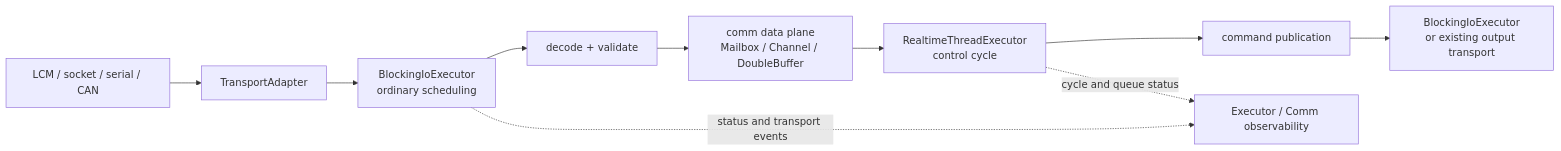
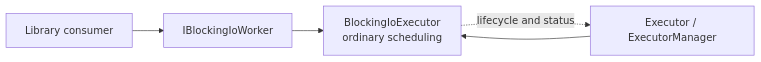
Before and after one commit to Linductor-alkaid/executor: the diagram in docs/design/blocking_io_executor.md, drawn with Mermaid. The commit also changed other lines of this file and 22 other files, not shown here.

Commit message:
docs: add blocking I/O worker guide

````diff
--- a/docs/design/blocking_io_executor.md
+++ b/docs/design/blocking_io_executor.md
@@ -54,13 +58,7 @@
 ```mermaid
 flowchart LR
-    T[LCM / socket / serial / CAN] --> W[TransportAdapter]
+    C[Library consumer] --> W[IBlockingIoWorker]
     W --> I[BlockingIoExecutor\nordinary scheduling]
-    I --> D[decode + validate]
-    D --> M[comm data plane\nMailbox / Channel / DoubleBuffer]
-    M --> R[RealtimeThreadExecutor\ncontrol cycle]
-    R --> O[command publication]
-    O --> P[BlockingIoExecutor\nor existing output transport]
-
-    I -. status and transport events .-> X[Executor / Comm observability]
-    R -. cycle and queue status .-> X
+    I -. lifecycle and status .-> E[Executor / ExecutorManager]
+    E --> I
 ```
````
